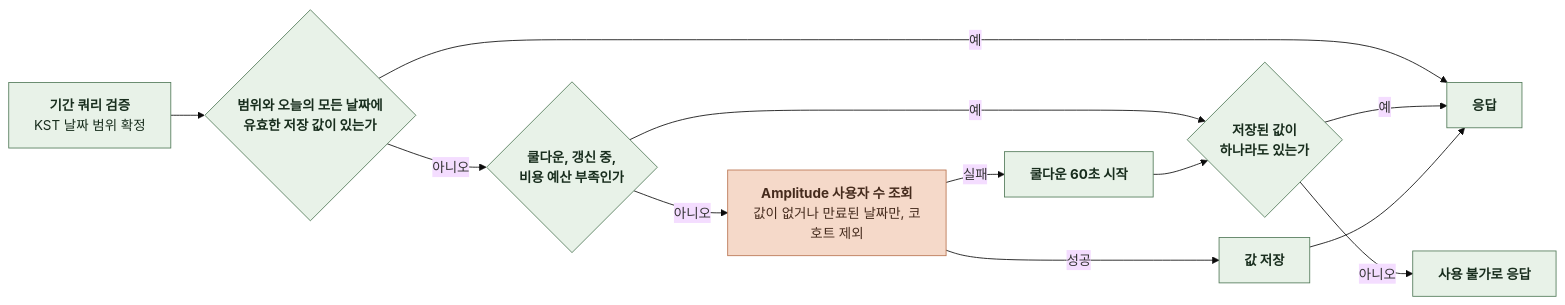
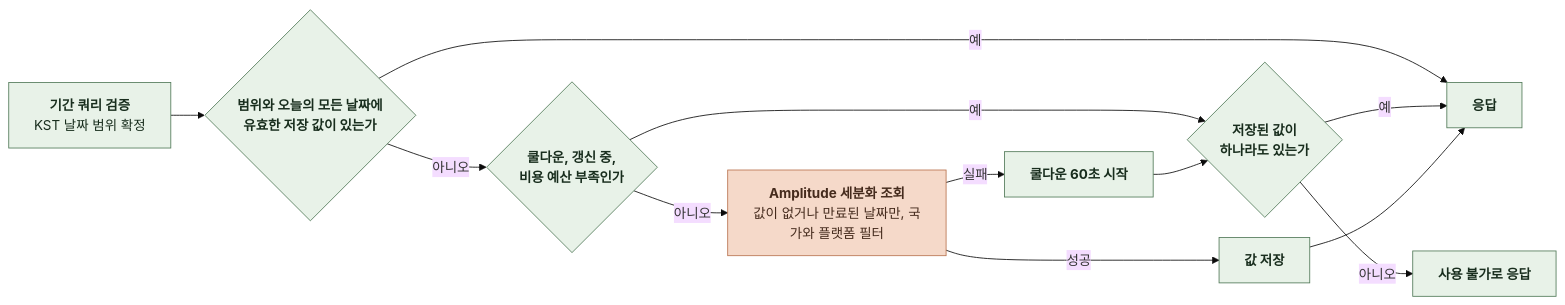
Before and after one commit to KIM-N-KANG/knk-harness: diagram 13 of 17 in docs/domain/ADMIN/BACKEND/4-1-PIPELINES.md, drawn with Mermaid (base theme). The commit also changed other lines of this file and 5 other files, not shown here.

````diff
--- a/docs/domain/ADMIN/BACKEND/4-1-PIPELINES.md
+++ b/docs/domain/ADMIN/BACKEND/4-1-PIPELINES.md
@@ -375,24 +375,24 @@
 ```mermaid
 %%{init: {"flowchart": {"curve": "basis", "nodeSpacing": 24, "rankSpacing": 40}}}%%
 flowchart LR
     A["`**기간 쿼리 검증**
 KST 날짜 범위 확정`"] --> B{"`**범위와 오늘의 모든 날짜에
 유효한 저장 값이 있는가**`"}
     B -->|예| E["`**응답**`"]
     B -->|아니오| F{"`**쿨다운, 갱신 중,
 비용 예산 부족인가**`"}
     F -->|예| G{"`**저장된 값이
 하나라도 있는가**`"}
     G -->|예| E
     G -->|아니오| X["`**사용 불가로 응답**`"]
-    F -->|아니오| C["`**Amplitude 사용자 수 조회**
-값이 없거나 만료된 날짜만, 코호트 제외`"]
+    F -->|아니오| C["`**Amplitude 세분화 조회**
+값이 없거나 만료된 날짜만, 국가와 플랫폼 필터`"]
     C -->|성공| D["`**값 저장**`"]
     D --> E
     C -->|실패| H["`**쿨다운 60초 시작**`"]
     H --> G
     classDef comp fill:#E8F2E8,stroke:#527A59,color:#182D1D
     classDef task fill:#F5D9C9,stroke:#B97450,color:#452B1D
     class A,B,D,E,F,G,H,X comp
     class C task
 ```
````
